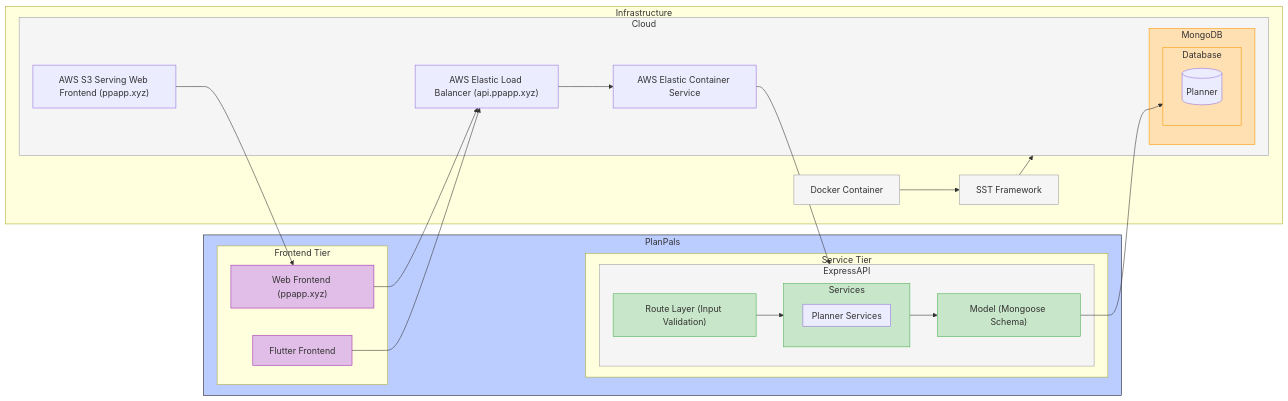
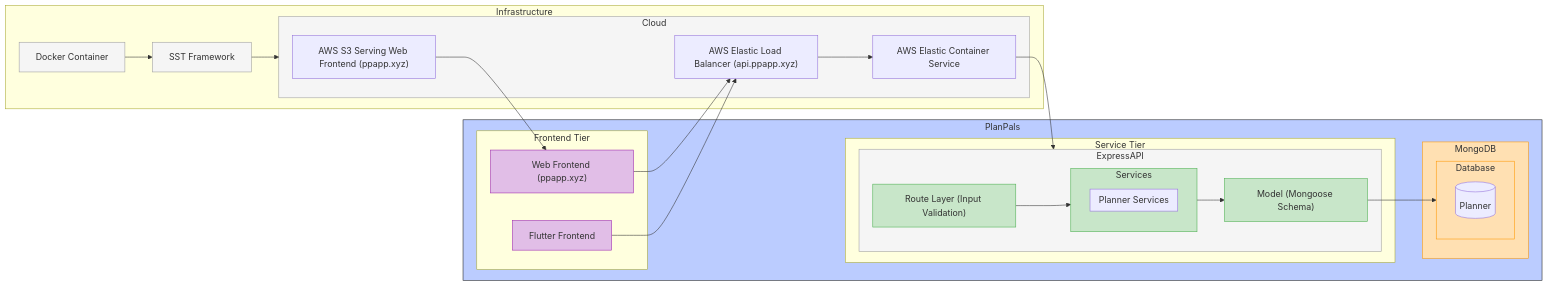
Before and after one commit to Adrian-Moreira/PlanPals: the diagram in docs/sprint2/Worksheet.md, drawn with Mermaid. The commit also changed other lines of this file, not shown here.

Commit message:
Updated diagram

````diff
--- a/docs/sprint2/Worksheet.md
+++ b/docs/sprint2/Worksheet.md
@@ -45,63 +46,62 @@
 ```mermaid
 flowchart LR
     subgraph "Infrastructure"
         SST["SST Framework"]
         Docker["Docker Container"]
         Docker --> SST
         SST --> Cloud
         subgraph "Cloud"
             S3["AWS S3 Serving Web Frontend (ppapp.xyz)"]
             ELB["AWS Elastic Load Balancer (api.ppapp.xyz)"]
             ECS["AWS Elastic Container Service"]
-            subgraph "MongoDB"
-                subgraph "Database"
-                    Planners[(Planner)]
-                end
-            end
             ELB --> ECS
         end
     end
     S3 --> Client
     ECS --> ExpressAPI
     subgraph "PlanPals"
         subgraph "Frontend Tier"
             Frontend["Flutter Frontend"]
             Client["Web Frontend (ppapp.xyz)"]
         end
         subgraph "Service Tier"
             subgraph "ExpressAPI"
                 Routes["Route Layer (Input Validation)"]
                 subgraph "Services"
                     subgraph "Planner Services"
                     end
                 end
                 Models["Model (Mongoose Schema)"]
                 
                 Routes --> Services
                 Services --> Models
             end
         end
-
+        subgraph "MongoDB"
+            subgraph "Database"
+                Planners[(Planner)]
+            end
+        end
     end
 
     Client --> ELB
     Frontend --> ELB
     Models --> Database
     classDef frontendTier fill:#e1bee7,stroke:#9c27b0
     classDef apiGateway fill:#bbdefb,stroke:#1976d2
     classDef serviceTier fill:#c8e6c9,stroke:#4caf50
     classDef dataTier fill:#ffe0b2,stroke:#ff9800
     classDef infrastructure fill:#f5f5f5,stroke:#9e9e9e
     classDef containers fill:#f5f5f5,stroke:#9e9e9e
     classDef cloud fill:#f5c5b5,stroke:#1e1e1e
     classDef pp fill:#bbccff,stroke:#1e1e1e
 
     class Client,Frontend frontendTier
     class ALB,Gateway apiGateway
     class Routes,Services,Models,PlannerService serviceTier
     class MongoDB,Database,Planner dataTier
     class SST,Docker,Cloud infrastructure
     class AWS cloud
     class ExpressAPI containers
     class PlanPals pp
 ```
````
